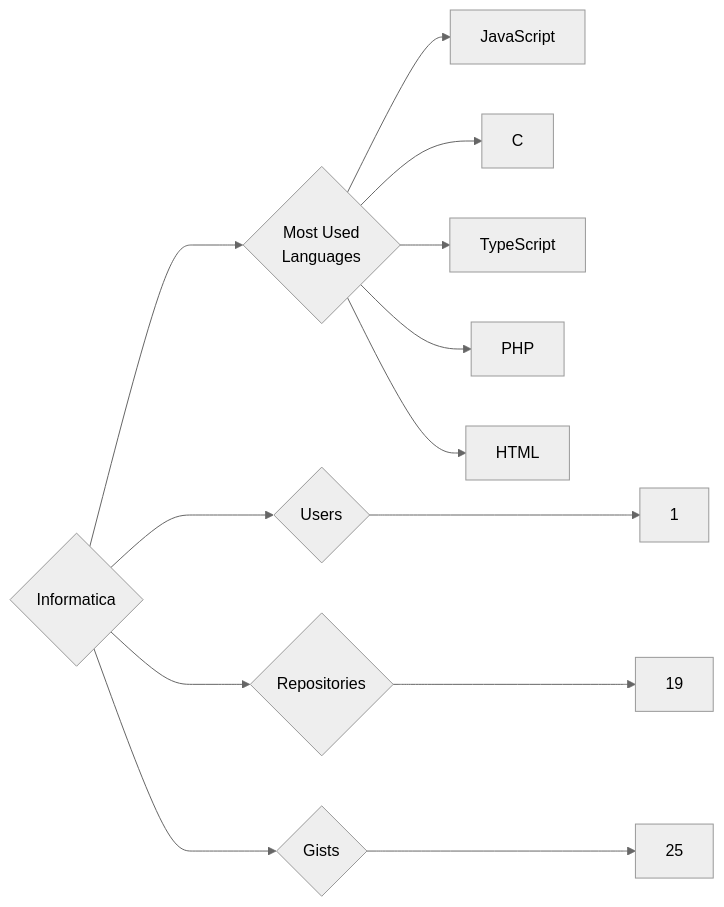
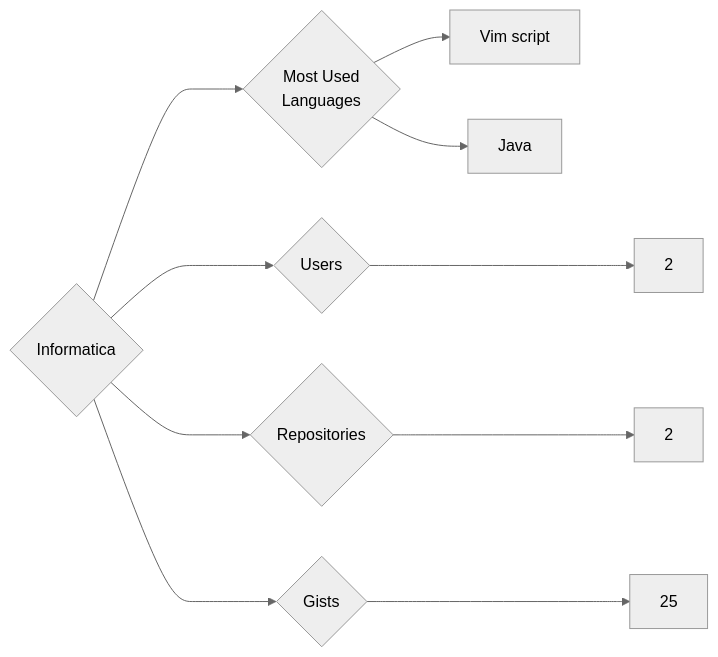
The diagram in targets/Informatica/README.md (trickest/insiders), drawn with Mermaid (neutral theme) before and after one commit. The commit also changed 681 other files, not shown here.

````diff
--- a/targets/Informatica/README.md
+++ b/targets/Informatica/README.md
@@ -3,13 +3,10 @@
 ```mermaid
 graph LR
 COMPANY_NAME{Informatica}
-COMPANY_NAME ---> U{Users} ---> UN[1]
-COMPANY_NAME ---> R{Repositories} ---> RN[19]
+COMPANY_NAME ---> U{Users} ---> UN[2]
+COMPANY_NAME ---> R{Repositories} ---> RN[2]
 COMPANY_NAME ---> G{Gists} ---> GN[25]
 COMPANY_NAME ---> ML{Most Used<br>Languages}
-ML --> JavaScript[JavaScript]
-ML --> C[C]
-ML --> TypeScript[TypeScript]
-ML --> PHP[PHP]
-ML --> HTML[HTML]
+ML --> Vim_script[Vim script]
+ML --> Java[Java]
 ```
````
